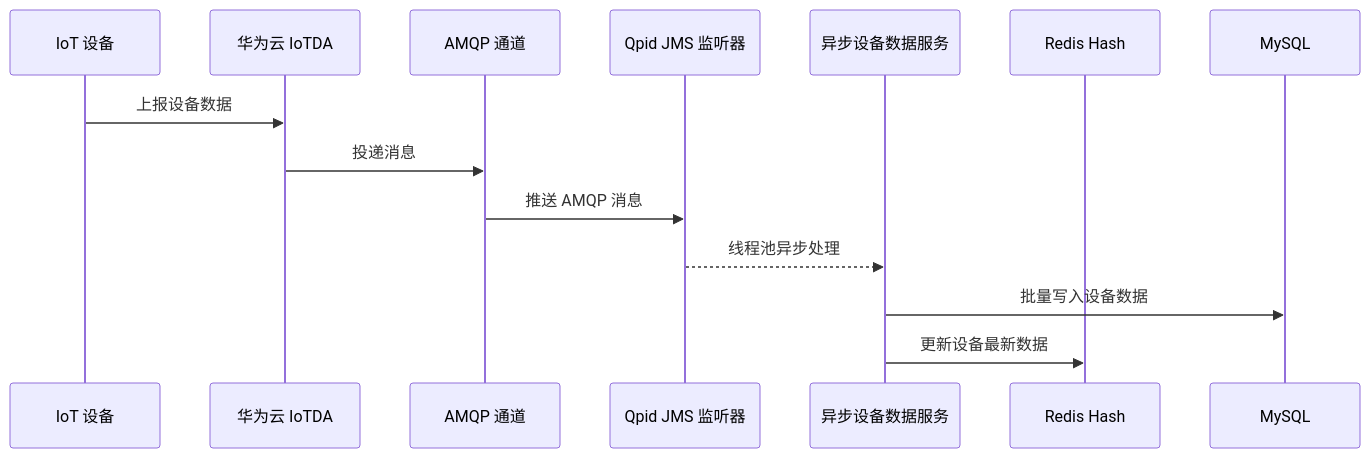
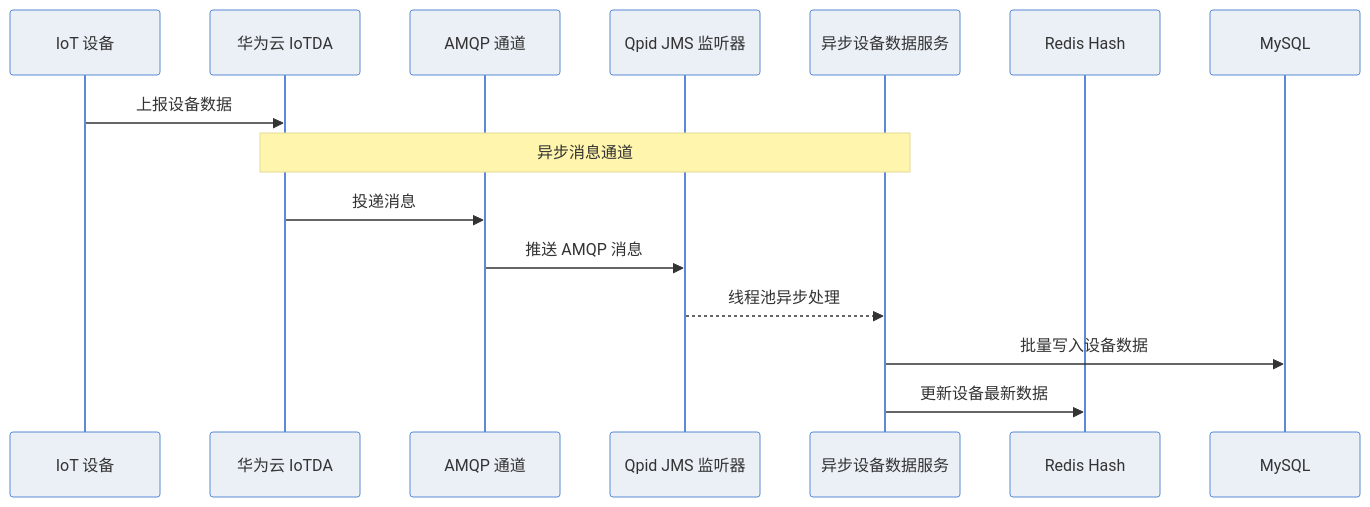
Before and after one commit to 1byteone/interview-note: the second of 4 diagrams in 4-interview/projects/zznursing/项目速记卡.md, drawn with Mermaid. The commit also changed other lines of this file and 5 other files, not shown here.

First line of the commit message:
style(mermaid): 统一 Mermaid 专业样式体系与语义规范

````diff
--- a/4-interview/projects/zznursing/项目速记卡.md
+++ b/4-interview/projects/zznursing/项目速记卡.md
@@ -186,17 +200,19 @@
 ```mermaid
+%%{init: {'theme':'base', 'themeVariables': {'fontFamily':'Arial,Microsoft YaHei,sans-serif','fontSize':'14px','primaryColor':'#EBF0F7','primaryTextColor':'#333333','primaryBorderColor':'#5B8BD4','lineColor':'#888888','secondaryColor':'#F5F5F5','tertiaryColor':'#F0F0F0'}}}%%
 sequenceDiagram
     participant Device as IoT 设备
     participant IoTDA as 华为云 IoTDA
     participant AMQP as AMQP 通道
     participant Qpid as Qpid JMS 监听器
     participant Service as 异步设备数据服务
     participant Redis as Redis Hash
     participant MySQL as MySQL
 
     Device->>IoTDA: 上报设备数据
+    Note over IoTDA,Service: 异步消息通道
     IoTDA->>AMQP: 投递消息
     AMQP->>Qpid: 推送 AMQP 消息
     Qpid-->>Service: 线程池异步处理
     Service->>MySQL: 批量写入设备数据
     Service->>Redis: 更新设备最新数据
 ```
````
